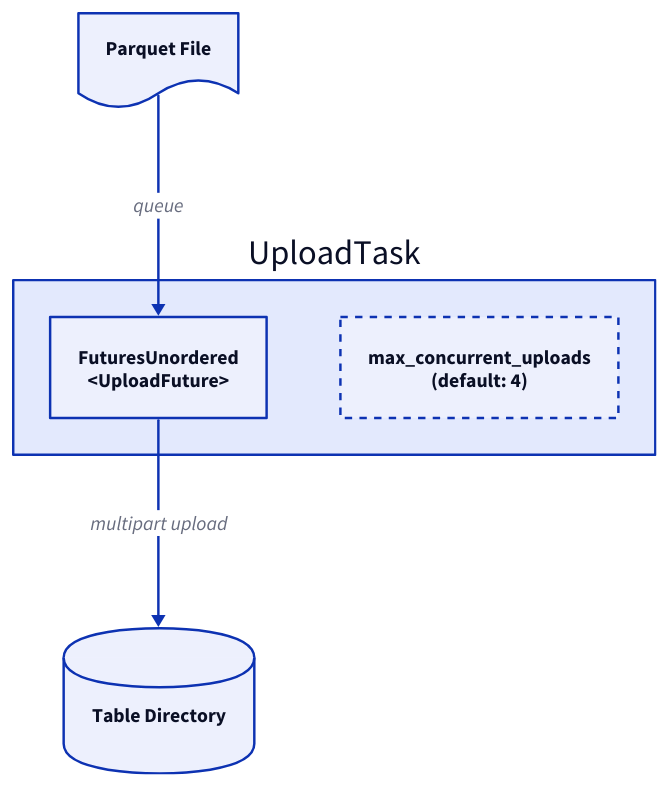
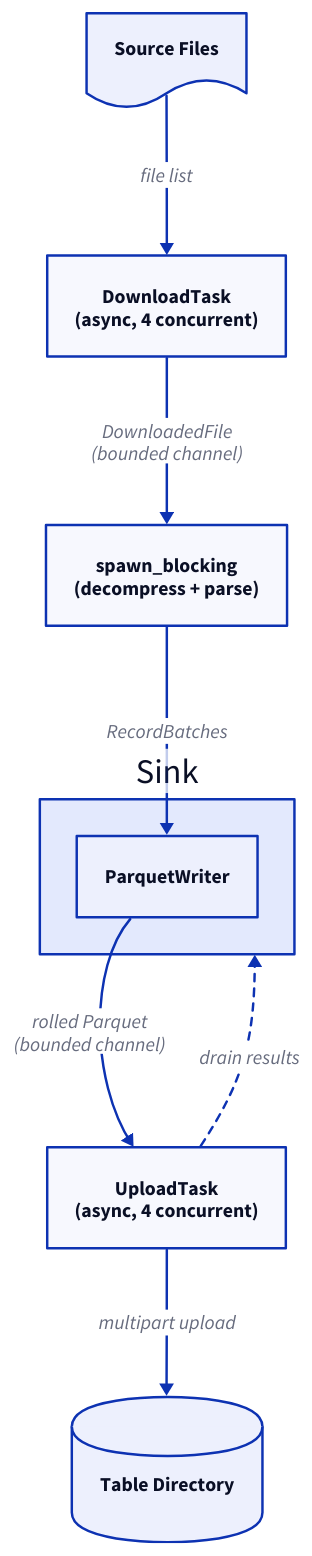
One commit to benjamin-awd/blizzard changed the second of 3 diagrams in website/src/content/docs/architecture/pipeline.md. Above: the diagram before and after it, drawn with D2. The commit also changed other lines of this file and 5 other files, not shown here.

Commit message:
docs: update architecture overview

````diff
--- a/website/src/content/docs/architecture/pipeline.md
+++ b/website/src/content/docs/architecture/pipeline.md
@@ -148,24 +62,30 @@
 ```d2
 direction: down
 
-input: Parquet File {
-  shape: document
+source: Source Files { shape: document }
+
+download: DownloadTask {
+  label: "DownloadTask\n(async, 4 concurrent)"
 }
 
-upload_task: UploadTask {
-  futures: FuturesUnordered {
-    label: "FuturesUnordered\n<UploadFuture>"
-  }
-  concurrent: {
-    label: "max_concurrent_uploads\n(default: 4)"
-    style.stroke-dash: 3
-  }
+process: spawn_blocking {
+  label: "spawn_blocking\n(decompress + parse)"
 }
 
-output: Table Directory {
-  shape: cylinder
+sink: Sink {
+  writer: ParquetWriter
 }
 
-input -> upload_task.futures: queue
-upload_task.futures -> output: multipart upload
+upload: UploadTask {
+  label: "UploadTask\n(async, 4 concurrent)"
+}
+
+output: Table Directory { shape: cylinder }
+
+source -> download: "file list"
+download -> process: "DownloadedFile\n(bounded channel)"
+process -> sink.writer: RecordBatches
+sink.writer -> upload: "rolled Parquet\n(bounded channel)"
+upload -> output: multipart upload
+upload -> sink: "drain results" {style.stroke-dash: 3}
 ```
````
